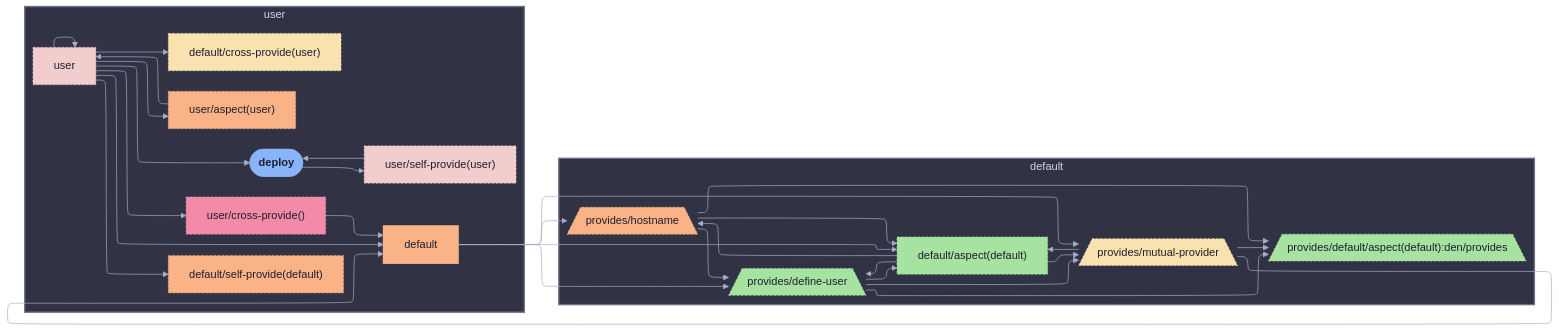
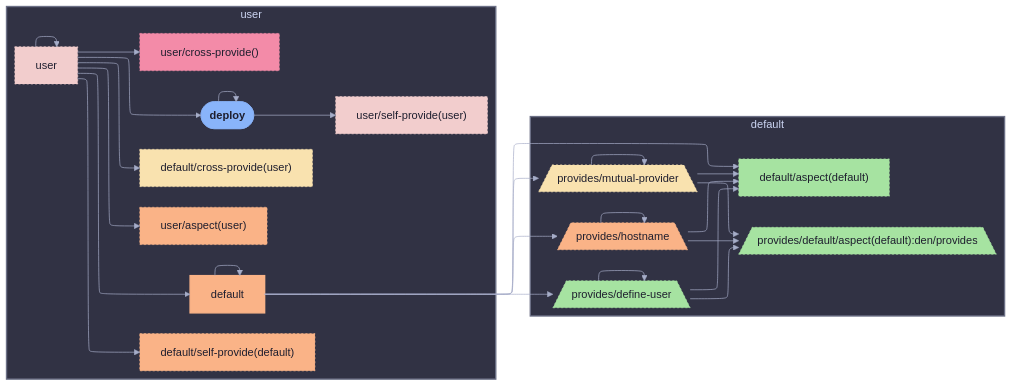
The first of 3 diagrams in templates/diag-fx-demo/diagrams/mail-relay-deploy-dag.md (sini/den), drawn with Mermaid before and after one commit. The commit also changed other lines of this file and 849 other files, not shown here.

Commit message:
chore: update fx diagrams

````diff
--- a/templates/diag-fx-demo/diagrams/mail-relay-deploy-dag.md
+++ b/templates/diag-fx-demo/diagrams/mail-relay-deploy-dag.md
@@ -7,67 +7,63 @@
 ```mermaid
 %%{init: {"elk":{"mergeEdges":true,"nodePlacementStrategy":"BRANDES_KOEPF"},"layout":"elk","theme":"base","themeVariables":{"activationBkgColor":"#313244","activationBorderColor":"#6c7086","actorBkg":"#313244","actorBorder":"#a6adc8","actorLineColor":"#a6adc8","actorTextColor":"#cdd6f4","background":"#1e1e2e","classText":"#cdd6f4","clusterBkg":"#313244","clusterBorder":"#6c7086","edgeLabelBackground":"#1e1e2e","labelBoxBkgColor":"#313244","labelBoxBorderColor":"#a6adc8","labelTextColor":"#cdd6f4","lineColor":"#a6adc8","loopTextColor":"#cdd6f4","mainBkg":"#313244","nodeBkg":"#313244","nodeBorder":"#a6adc8","nodeTextColor":"#cdd6f4","noteBkgColor":"#313244","noteBorderColor":"#6c7086","noteTextColor":"#cdd6f4","pie1":"#f38ba8","pie2":"#fab387","pie3":"#f9e2af","pie4":"#a6e3a1","pie5":"#94e2d5","pie6":"#89b4fa","pie7":"#cba6f7","pie8":"#f2cdcd","pieLegendTextColor":"#cdd6f4","pieOuterStrokeColor":"#6c7086","pieSectionTextColor":"#cdd6f4","pieStrokeColor":"#6c7086","pieTitleTextColor":"#cdd6f4","primaryBorderColor":"#a6adc8","primaryColor":"#313244","primaryTextColor":"#cdd6f4","secondBkg":"#313244","secondaryBorderColor":"#6c7086","secondaryColor":"#313244","secondaryTextColor":"#cdd6f4","sequenceNumberColor":"#1e1e2e","signalColor":"#a6adc8","signalTextColor":"#cdd6f4","tertiaryBorderColor":"#6c7086","tertiaryColor":"#313244","tertiaryTextColor":"#cdd6f4","textColor":"#cdd6f4","titleColor":"#cdd6f4"}}}%%
 graph LR
   deploy([deploy]):::root
 
   subgraph ctx_user["user"]
   user["user"]:::user_c
   user__aspect_user_["user/aspect(user)"]:::user__aspect_user__c
   user__cross_provide__anon__["user/cross-provide(<anon>)"]:::user__cross_provide__anon___c
   user__self_provide_user_["user/self-provide(user)"]:::user__self_provide_user__c
+  deploy --> deploy
   deploy --> user__self_provide_user_
   user --> n_default
   user --> default__cross_provide_user_
   user --> default__self_provide_default_
   user --> deploy
   user --> user
   user --> user__aspect_user_
   user --> user__cross_provide__anon__
-  user__aspect_user_ --> user
-  user__cross_provide__anon__ --> n_default
-  user__self_provide_user_ --> deploy
   end
   subgraph ctx_default["default"]
   n_default["default"]:::n_default_c
   default__aspect_default_["default/aspect(default)"]:::default__aspect_default__c
   den__provides__default__aspect_default__den__provides[/"provides/default/aspect(default):den/provides"\]:::den__provides__default__aspect_default__den__provides_c
   default__cross_provide_user_["default/cross-provide(user)"]:::default__cross_provide_user__c
   default__self_provide_default_["default/self-provide(default)"]:::default__self_provide_default__c
   den__provides__define_user[/"provides/define-user"\]:::den__provides__define_user_c
   den__provides__hostname[/"provides/hostname"\]:::den__provides__hostname_c
   den__provides__mutual_provider[/"provides/mutual-provider"\]:::den__provides__mutual_provider_c
+  n_default --> n_default
   n_default --> default__aspect_default_
   n_default --> den__provides__define_user
   n_default --> den__provides__hostname
   n_default --> den__provides__mutual_provider
-  default__aspect_default_ --> den__provides__define_user
-  default__aspect_default_ --> den__provides__hostname
-  default__aspect_default_ --> den__provides__mutual_provider
   den__provides__define_user --> default__aspect_default_
   den__provides__define_user --> den__provides__default__aspect_default__den__provides
-  den__provides__define_user --> den__provides__mutual_provider
+  den__provides__define_user --> den__provides__define_user
   den__provides__hostname --> default__aspect_default_
   den__provides__hostname --> den__provides__default__aspect_default__den__provides
-  den__provides__hostname --> den__provides__define_user
-  den__provides__mutual_provider --> n_default
+  den__provides__hostname --> den__provides__hostname
   den__provides__mutual_provider --> default__aspect_default_
   den__provides__mutual_provider --> den__provides__default__aspect_default__den__provides
+  den__provides__mutual_provider --> den__provides__mutual_provider
   end
 
 
   classDef root fill:#89b4fa,stroke:#89b4fa,color:#1e1e2e,font-weight:bold
   classDef n_default_c fill:#fab387,stroke:#fab387,color:#1e1e2e,stroke-width:2px
   classDef default__aspect_default__c fill:#a6e3a1,stroke:#a6e3a1,color:#1e1e2e,stroke-dasharray: 3 3,stroke-width:1px
   classDef den__provides__default__aspect_default__den__provides_c fill:#a6e3a1,stroke:#a6e3a1,color:#1e1e2e,stroke-dasharray: 3 3,stroke-width:1px
   classDef default__cross_provide_user__c fill:#f9e2af,stroke:#f9e2af,color:#1e1e2e,stroke-dasharray: 3 3,stroke-width:1px
   classDef default__self_provide_default__c fill:#fab387,stroke:#fab387,color:#1e1e2e,stroke-dasharray: 3 3,stroke-width:1px
   classDef den__provides__define_user_c fill:#a6e3a1,stroke:#a6e3a1,color:#1e1e2e,stroke-dasharray: 3 3,stroke-width:1px
   classDef deploy_c fill:#f2cdcd,stroke:#f2cdcd,color:#1e1e2e,stroke-width:2px
   classDef den__provides__hostname_c fill:#fab387,stroke:#fab387,color:#1e1e2e,stroke-dasharray: 3 3,stroke-width:1px
   classDef den__provides__mutual_provider_c fill:#f9e2af,stroke:#f9e2af,color:#1e1e2e,stroke-dasharray: 3 3,stroke-width:1px
   classDef user_c fill:#f2cdcd,stroke:#f2cdcd,color:#1e1e2e,stroke-dasharray: 3 3,stroke-width:1px
   classDef user__aspect_user__c fill:#fab387,stroke:#fab387,color:#1e1e2e,stroke-dasharray: 3 3,stroke-width:1px
   classDef user__cross_provide__anon___c fill:#f38ba8,stroke:#f38ba8,color:#1e1e2e,stroke-dasharray: 3 3,stroke-width:1px
   classDef user__self_provide_user__c fill:#f2cdcd,stroke:#f2cdcd,color:#1e1e2e,stroke-dasharray: 3 3,stroke-width:1px
 style ctx_user fill:#313244,stroke:#6c7086,stroke-width:2px
 style ctx_default fill:#313244,stroke:#6c7086,stroke-width:2px
 ```
````
